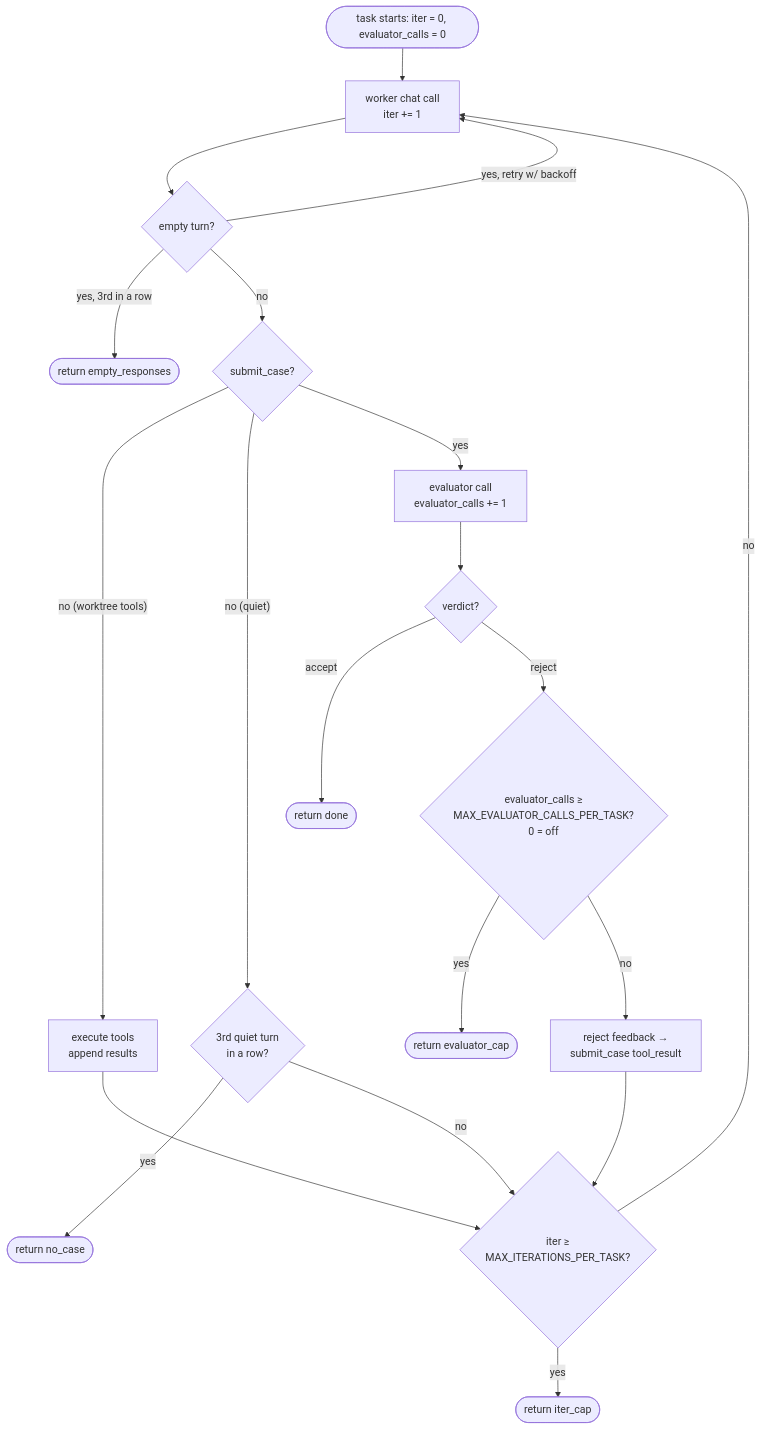
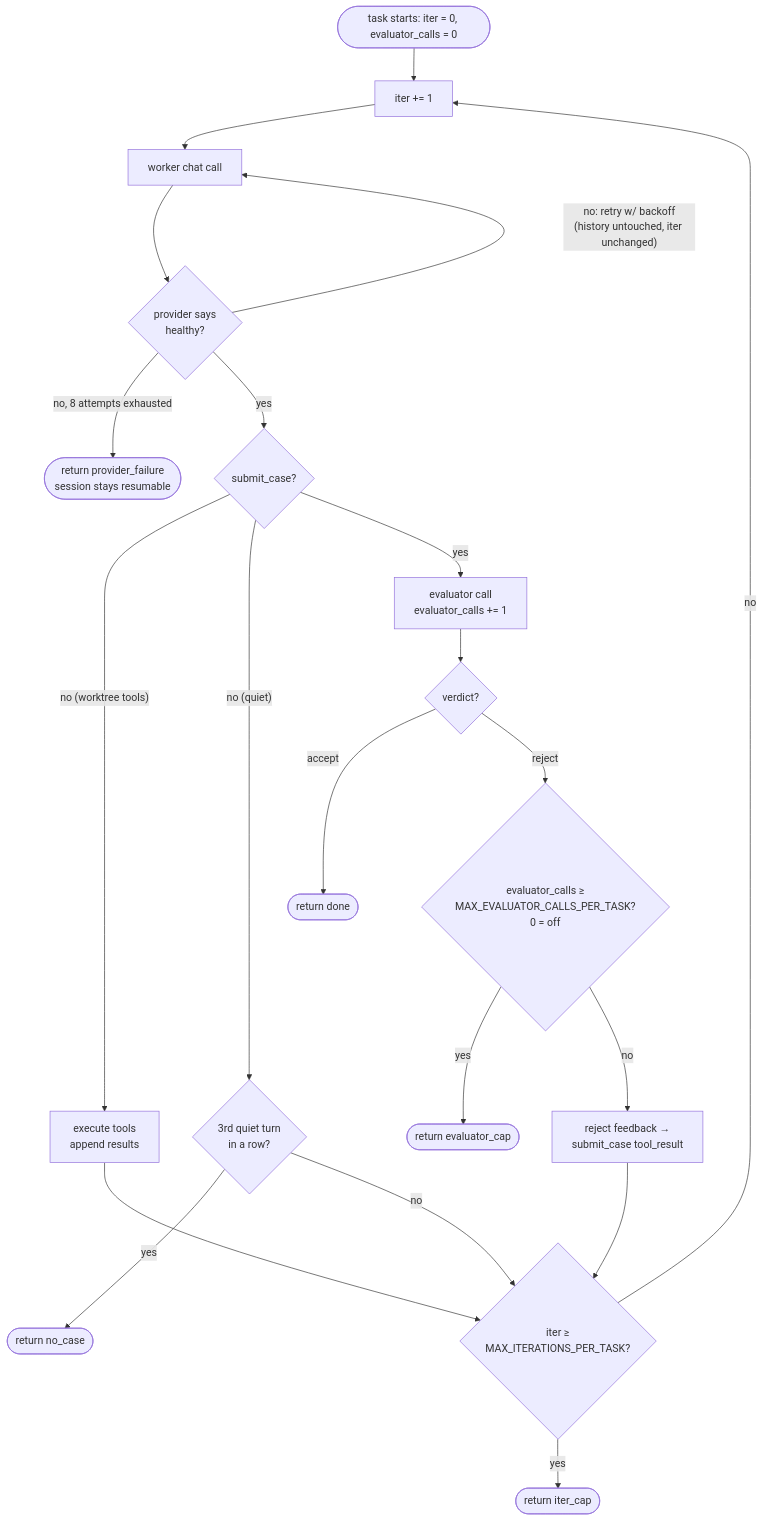
The diagram in docs/deep-dives/two-loops.md (AlteredCraft/tilth), drawn with Mermaid before and after one commit. The commit also changed other lines of this file and 13 other files, not shown here.

````diff
--- a/docs/deep-dives/two-loops.md
+++ b/docs/deep-dives/two-loops.md
@@ -67,22 +69,23 @@
 ```mermaid
 flowchart TD
-  start([task starts: iter = 0, evaluator_calls = 0]) --> chat[worker chat call<br/>iter += 1]
-  chat --> empty{empty turn?}
-  empty -- yes, 3rd in a row --> efail([return empty_responses])
-  empty -- yes, retry w/ backoff --> chat
-  empty -- no --> kind{submit_case?}
+  start([task starts: iter = 0, evaluator_calls = 0]) --> iter[iter += 1]
+  iter --> chat[worker chat call]
+  chat --> health{provider says<br/>healthy?}
+  health -- "no: retry w/ backoff<br/>(history untouched, iter unchanged)" --> chat
+  health -- no, 8 attempts exhausted --> pfail([return provider_failure<br/>session stays resumable])
+  health -- yes --> kind{submit_case?}
   kind -- "no (worktree tools)" --> exec[execute tools<br/>append results]
   exec --> capcheck
   kind -- "no (quiet)" --> nudge{3rd quiet turn<br/>in a row?}
   nudge -- yes --> nofail([return no_case])
   nudge -- no --> capcheck
   kind -- yes --> evaluator[evaluator call<br/>evaluator_calls += 1]
   evaluator --> verdict{verdict?}
   verdict -- accept --> done([return done])
   verdict -- reject --> jcap{evaluator_calls ≥<br/>MAX_EVALUATOR_CALLS_PER_TASK?<br/>0 = off}
   jcap -- yes --> jfail([return evaluator_cap])
   jcap -- no --> jfb[reject feedback →<br/>submit_case tool_result]
   jfb --> capcheck{iter ≥<br/>MAX_ITERATIONS_PER_TASK?}
-  capcheck -- no --> chat
+  capcheck -- no --> iter
   capcheck -- yes --> ifail([return iter_cap])
 ```
````
